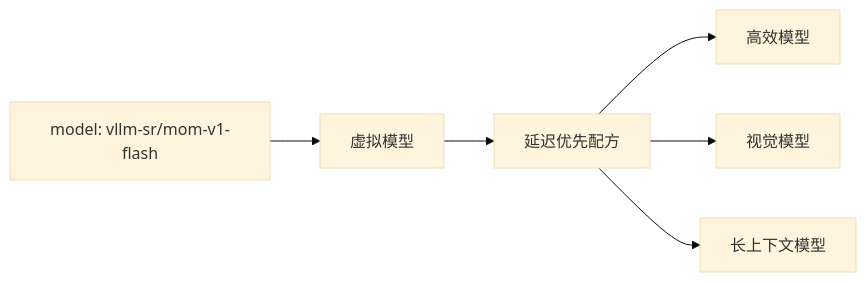
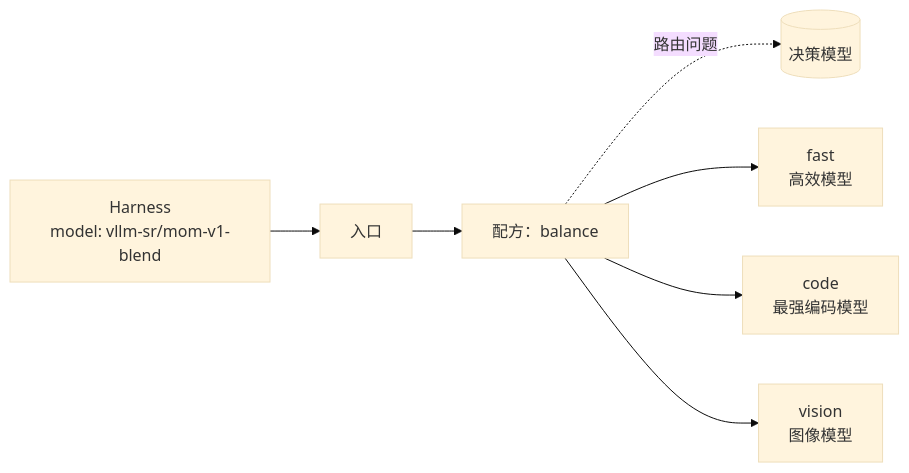
The diagram in website/i18n/zh-Hans/docusaurus-plugin-content-docs/current/overview/mom-model-family.md (vllm-project/semantic-router), drawn with Mermaid (base theme) before and after one commit. The commit also changed other lines of this file and 11 other files, not shown here.

````diff
--- a/website/i18n/zh-Hans/docusaurus-plugin-content-docs/current/overview/mom-model-family.md
+++ b/website/i18n/zh-Hans/docusaurus-plugin-content-docs/current/overview/mom-model-family.md
@@ -16,8 +23,9 @@
 ```mermaid
 flowchart LR
-    Client["model: vllm-sr/mom-v1-flash"] --> Virtual["虚拟模型"]
-    Virtual --> Recipe["延迟优先配方"]
-    Recipe --> Small["高效模型"]
-    Recipe --> Vision["视觉模型"]
-    Recipe --> Long["长上下文模型"]
+    Client["Harness<br/>model: vllm-sr/mom-v1-blend"] --> Entry["入口"]
+    Entry --> Recipe["配方：balance"]
+    Recipe -.->|"路由问题"| DM[("决策模型")]
+    Recipe --> Fast["fast<br/>高效模型"]
+    Recipe --> Code["code<br/>最强编码模型"]
+    Recipe --> Vision["vision<br/>图像模型"]
 ```
````
